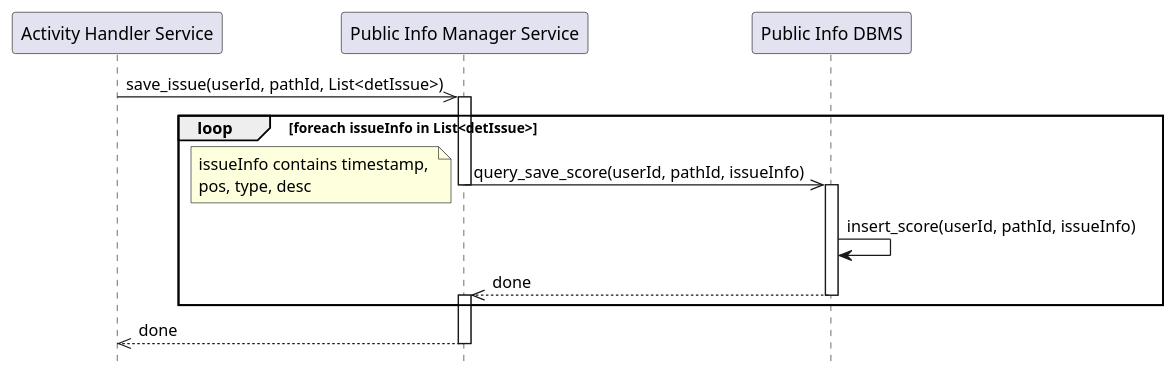
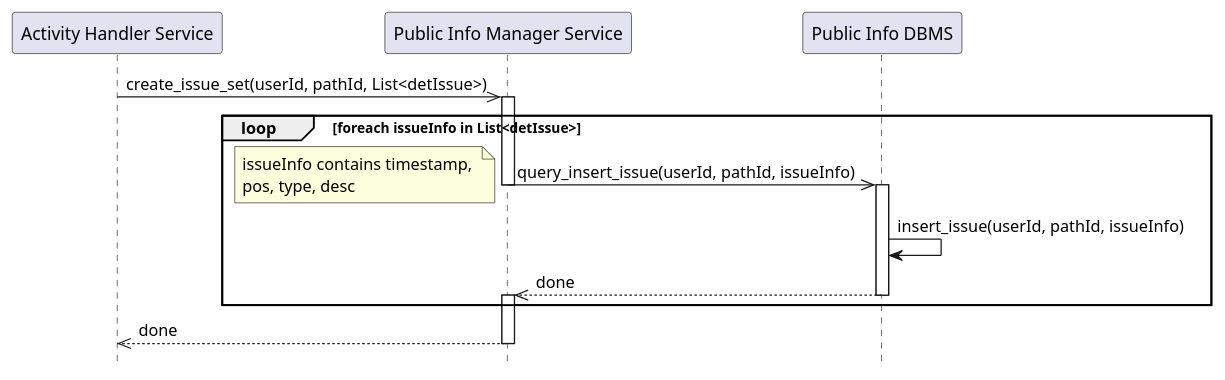
The diagram in diagrams/DD/sequenceDiagram/sd8.1_store_automaitc_issue.puml (Guflie/PoliMi-SWE2-RDD-project), drawn with PlantUML before and after one commit. The commit also changed 20 other files, not shown here.

```diff
--- a/diagrams/DD/sequenceDiagram/sd8.1_store_automaitc_issue.puml
+++ b/diagrams/DD/sequenceDiagram/sd8.1_store_automaitc_issue.puml
@@ -1,26 +1,26 @@
 @startuml sd8-1_store_automatic_issue
 hide footbox
 
 participant "Activity Handler Service" as ahs
 participant "Public Info Manager Service" as pim
 participant "Public Info DBMS" as dbpi
 
-ahs ->> pim : save_issue(userId, pathId, List<detIssue>)
+ahs ->> pim : create_issue_set(userId, pathId, List<detIssue>)
 activate pim
 loop foreach issueInfo in List<detIssue>
-    pim ->> dbpi : query_save_score(userId, pathId, issueInfo)
+    pim ->> dbpi : query_insert_issue(userId, pathId, issueInfo)
     deactivate pim 
     activate dbpi
     note left
     issueInfo contains timestamp, 
     pos, type, desc
     end note
-    dbpi -> dbpi : insert_score(userId, pathId, issueInfo)
+    dbpi -> dbpi : insert_issue(userId, pathId, issueInfo)
     dbpi -->> pim : done
     deactivate dbpi
     activate pim
 end
     pim -->> ahs : done
     deactivate pim
 
 @enduml
```
